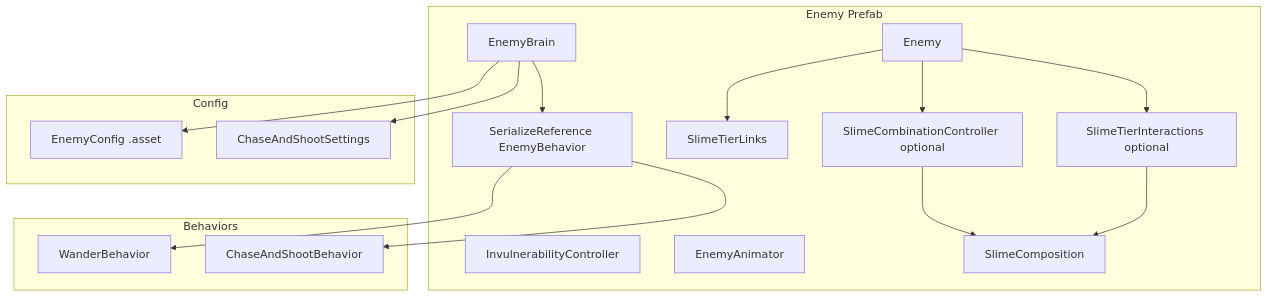
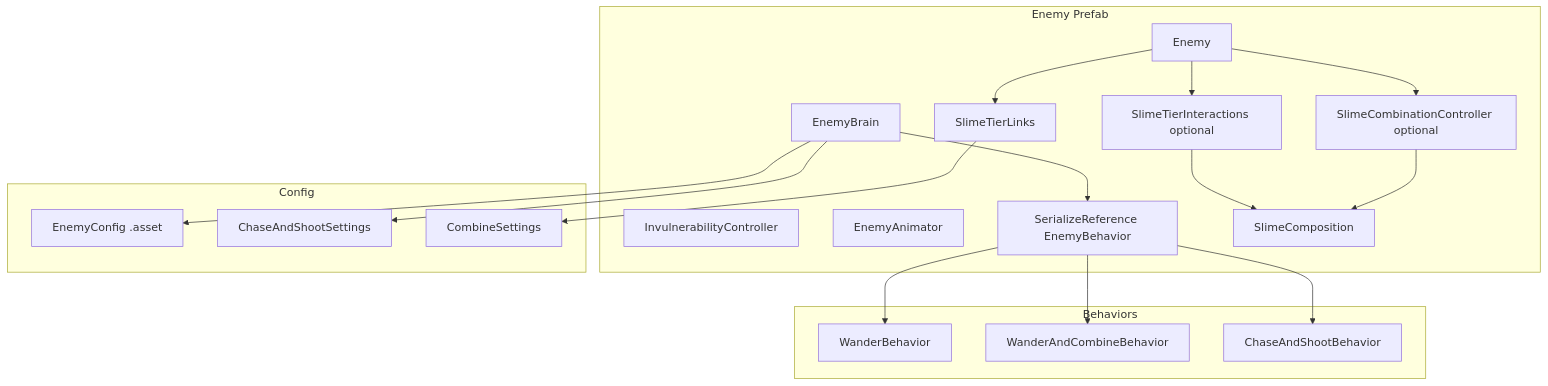
One commit to dstuck/huck-amok changed the second of 3 diagrams in Docs/enemy_framework.md. Above: the diagram before and after it, drawn with Mermaid. The commit also changed other lines of this file and 16 other files, not shown here.

````diff
--- a/Docs/enemy_framework.md
+++ b/Docs/enemy_framework.md
@@ -77,32 +81,36 @@
 ```mermaid
 flowchart TB
     subgraph prefab [Enemy Prefab]
         Enemy
         EnemyBrain
         InvulnerabilityController
         EnemyAnimator
         behaviorRef["SerializeReference EnemyBehavior"]
         links["SlimeTierLinks"]
         handler["SlimeTierInteractions optional"]
         combiner["SlimeCombinationController optional"]
         composition["SlimeComposition"]
     end
     subgraph behaviors [Behaviors]
         WanderBehavior
+        WanderAndCombineBehavior
         ChaseAndShootBehavior
     end
     subgraph config [Config]
         EnemyConfigAsset["EnemyConfig .asset"]
         ChaseAndShootSettings
+        CombineSettings
     end
     EnemyBrain --> behaviorRef
     behaviorRef --> WanderBehavior
+    behaviorRef --> WanderAndCombineBehavior
     behaviorRef --> ChaseAndShootBehavior
     EnemyBrain --> EnemyConfigAsset
     EnemyBrain --> ChaseAndShootSettings
+    links --> CombineSettings
     Enemy --> links
     Enemy --> handler
     Enemy --> combiner
     handler --> composition
     combiner --> composition
 ```
````
